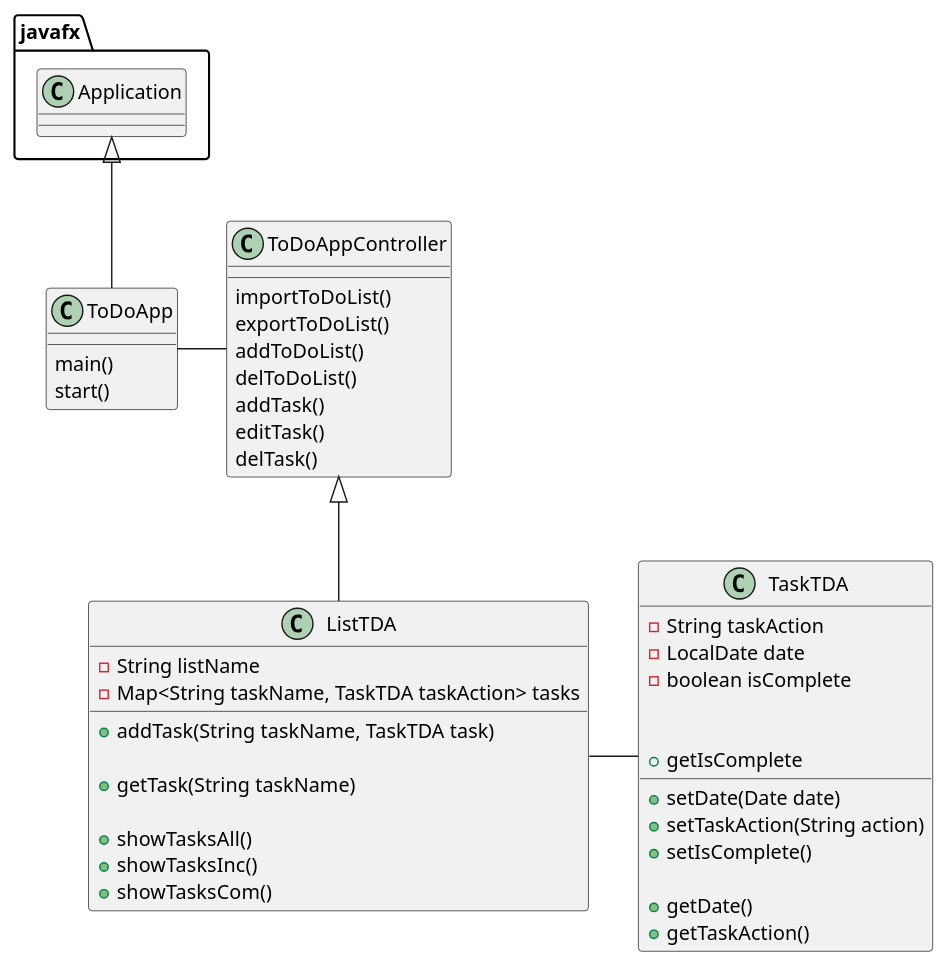
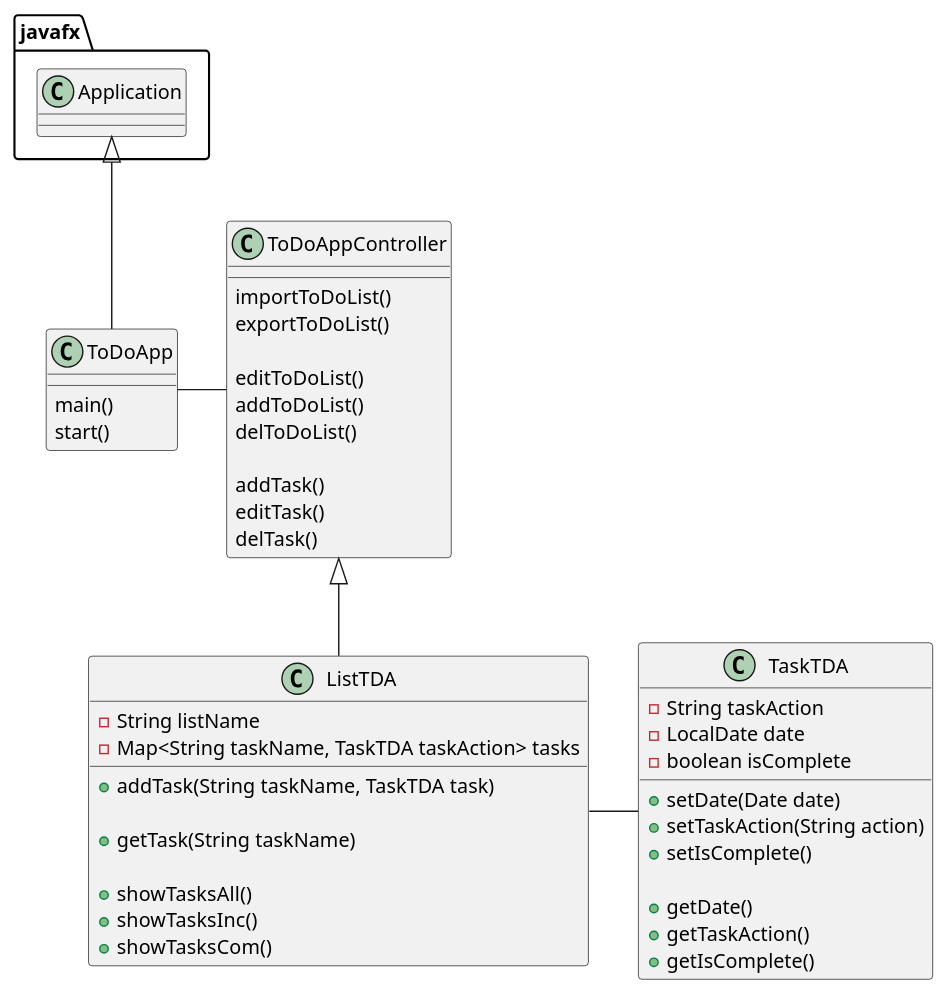
Before and after one commit to Sonxaj/turner-cop3330-assignment4part2: the diagram in uml/ToDoApp.puml, drawn with PlantUML. The commit also changed 9 other files, not shown here.

```diff
--- a/uml/ToDoApp.puml
+++ b/uml/ToDoApp.puml
@@ -1,53 +1,56 @@
 @startuml
 
 class ToDoApp{
     main()
     start()
 }
 
 class ToDoAppController{
     importToDoList()
     exportToDoList()
+
+    editToDoList()
     addToDoList()
     delToDoList()
+
     addTask()
     editTask()
     delTask()
 }
 
 class ListTDA{
     -String listName
     -Map<String taskName, TaskTDA taskAction> tasks
 
     +addTask(String taskName, TaskTDA task)
 
     +getTask(String taskName)
 
     +showTasksAll()
     +showTasksInc()
     +showTasksCom()
 }
 
 class TaskTDA{
     -String taskAction
     -LocalDate date
     -boolean isComplete
 
     +setDate(Date date)
     +setTaskAction(String action)
     +setIsComplete()
 
     +getDate()
     +getTaskAction()
-    +getIsComplete
+    +getIsComplete()
 }
 
 javafx.Application <|-- ToDoApp
 
 ToDoApp - ToDoAppController
 
 ToDoAppController <|-- ListTDA
 
 ListTDA - TaskTDA
 
 @enduml
```
